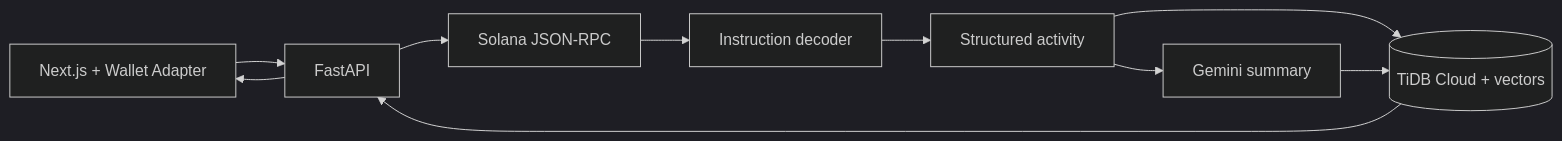
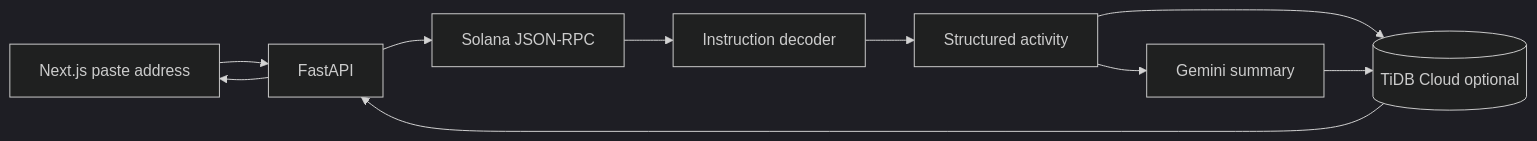
The diagram in docs/architecture.md (Ah-Riz/chainlens), drawn with Mermaid (dark theme) before and after one commit. The commit also changed other lines of this file and 29 other files, not shown here.

````diff
--- a/docs/architecture.md
+++ b/docs/architecture.md
@@ -9,12 +9,12 @@
 ```mermaid
 flowchart LR
-  UI[Next.js + Wallet Adapter] --> API[FastAPI]
+  UI[Next.js paste address] --> API[FastAPI]
   API --> RPC[Solana JSON-RPC]
   RPC --> Parser[Instruction decoder]
   Parser --> Pipeline[Structured activity]
   Pipeline --> LLM[Gemini summary]
-  Pipeline --> Store[(TiDB Cloud + vectors)]
+  Pipeline --> Store[(TiDB Cloud optional)]
   LLM --> Store
   Store --> API
   API --> UI
 ```
````
